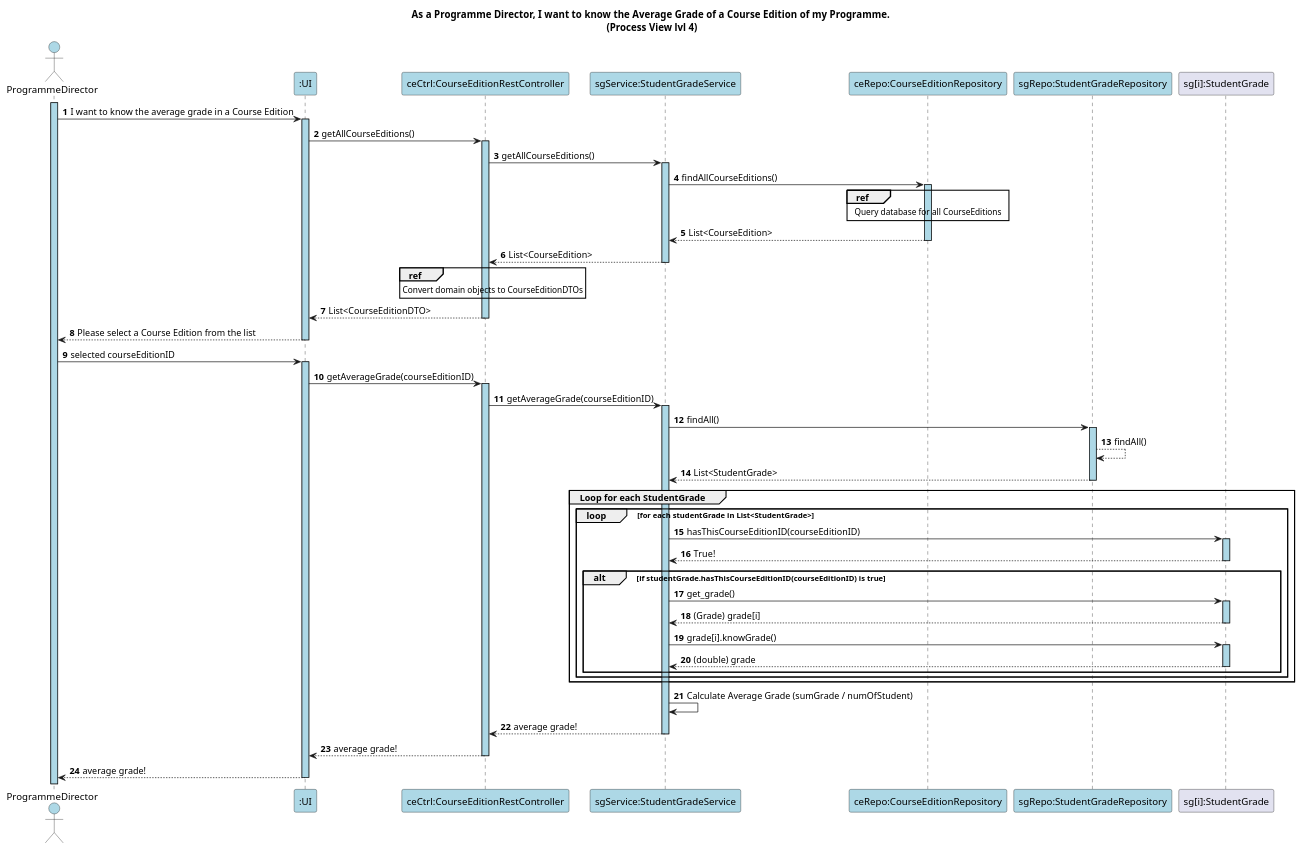
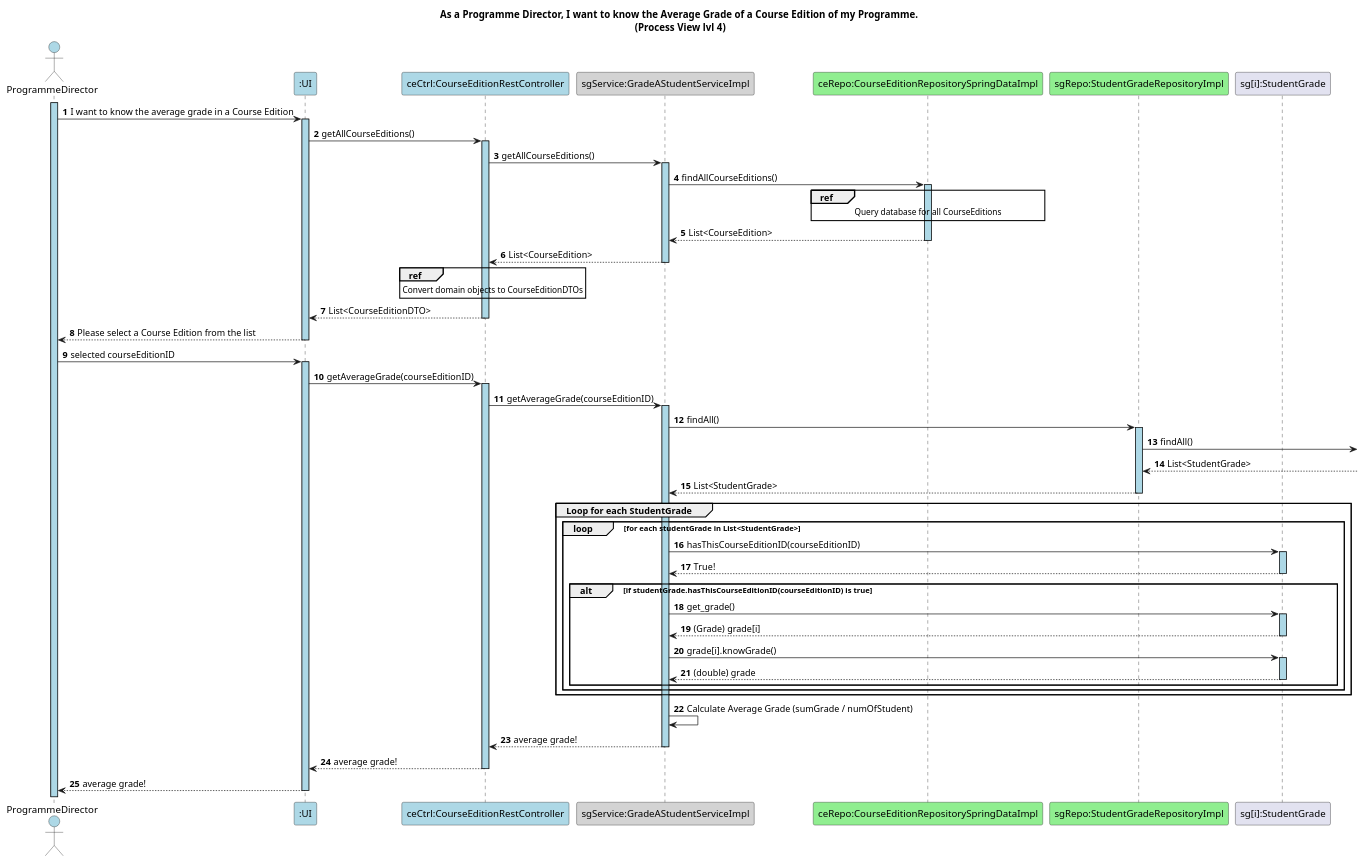
Before and after one commit to GasparISEP/DevOps-PAI: the diagram in docs/US25/REST_API/ScenarioView/Level4/Level4.puml, drawn with PlantUML. The commit also changed 3 other files, not shown here.

Commit message:
Updated Level4 ScenarioView Diagram with updated refs and a few annotations. Refs #547, #579

```diff
--- a/docs/US25/REST_API/ScenarioView/Level4/Level4.puml
+++ b/docs/US25/REST_API/ScenarioView/Level4/Level4.puml
@@ -1,64 +1,65 @@
 @startuml
 
 autonumber
 
 title As a Programme Director, I want to know the Average Grade of a Course Edition of my Programme. \n(Process View lvl 4)
 
 actor ProgrammeDirector as Admin #lightblue
 
 participant ":UI" as UI #lightblue
 participant "ceCtrl:CourseEditionRestController" as C #lightblue
-participant "sgService:StudentGradeService" as S #lightblue
-participant "ceRepo:CourseEditionRepository" as RCE #lightblue
-participant "sgRepo:StudentGradeRepository" as SGR #lightblue
+participant "sgService:GradeAStudentServiceImpl" as S #lightgrey
+participant "ceRepo:CourseEditionRepositorySpringDataImpl" as RCE #lightgreen
+participant "sgRepo:StudentGradeRepositoryImpl" as SGR #lightgreen
 participant "sg[i]:StudentGrade" as SG
 
 activate Admin #lightblue
 Admin -> UI ++ #lightblue: I want to know the average grade in a Course Edition
 
 UI -> C ++ #lightblue: getAllCourseEditions()
 C -> S ++ #lightblue: getAllCourseEditions()
 S -> RCE ++ #lightblue: findAllCourseEditions()
 
 ref over RCE
     Query database for all CourseEditions
 end ref
 
 RCE --> S --: List<CourseEdition>
 S --> C --: List<CourseEdition>
 
 ref over C
     Convert domain objects to CourseEditionDTOs
 end ref
 
 C --> UI --: List<CourseEditionDTO>
 UI --> Admin --: Please select a Course Edition from the list
 
 Admin -> UI ++ #lightblue: selected courseEditionID
 
 UI -> C ++ #lightblue: getAverageGrade(courseEditionID)
 C -> S ++ #lightblue: getAverageGrade(courseEditionID)
 
 S -> SGR ++ #lightblue: findAll()
-SGR --> SGR : findAll()
+SGR -> : findAll()
+SGR <--  : List<StudentGrade>
 SGR --> S --: List<StudentGrade>
 
 group Loop for each StudentGrade
     loop for each studentGrade in List<StudentGrade>
         S -> SG ++ #lightblue: hasThisCourseEditionID(courseEditionID)
         SG --> S --: True!
         alt if studentGrade.hasThisCourseEditionID(courseEditionID) is true
             S -> SG ++ #lightblue: get_grade()
             SG --> S --: (Grade) grade[i]
             S -> SG ++ #lightblue: grade[i].knowGrade()
             SG --> S --: (double) grade
         end
     end
 end
 
 S -> S : Calculate Average Grade (sumGrade / numOfStudent)
 S --> C --: average grade!
 C --> UI --: average grade!
 UI --> Admin --: average grade!
 
 @enduml
```
